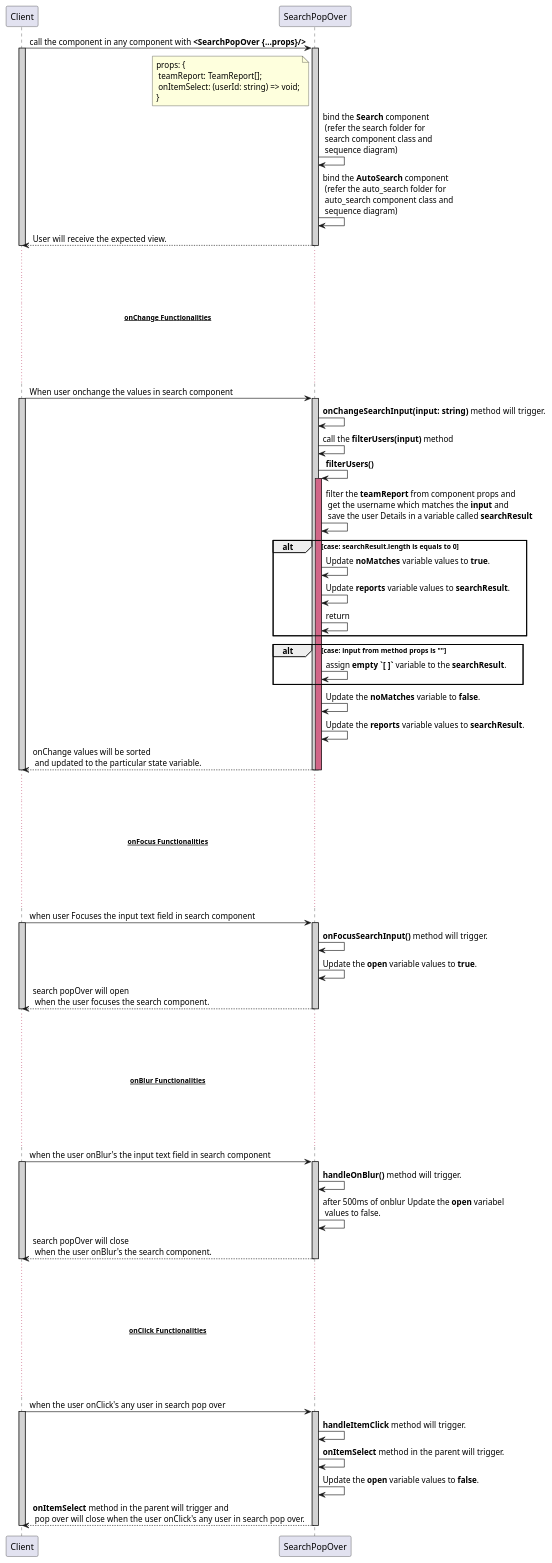
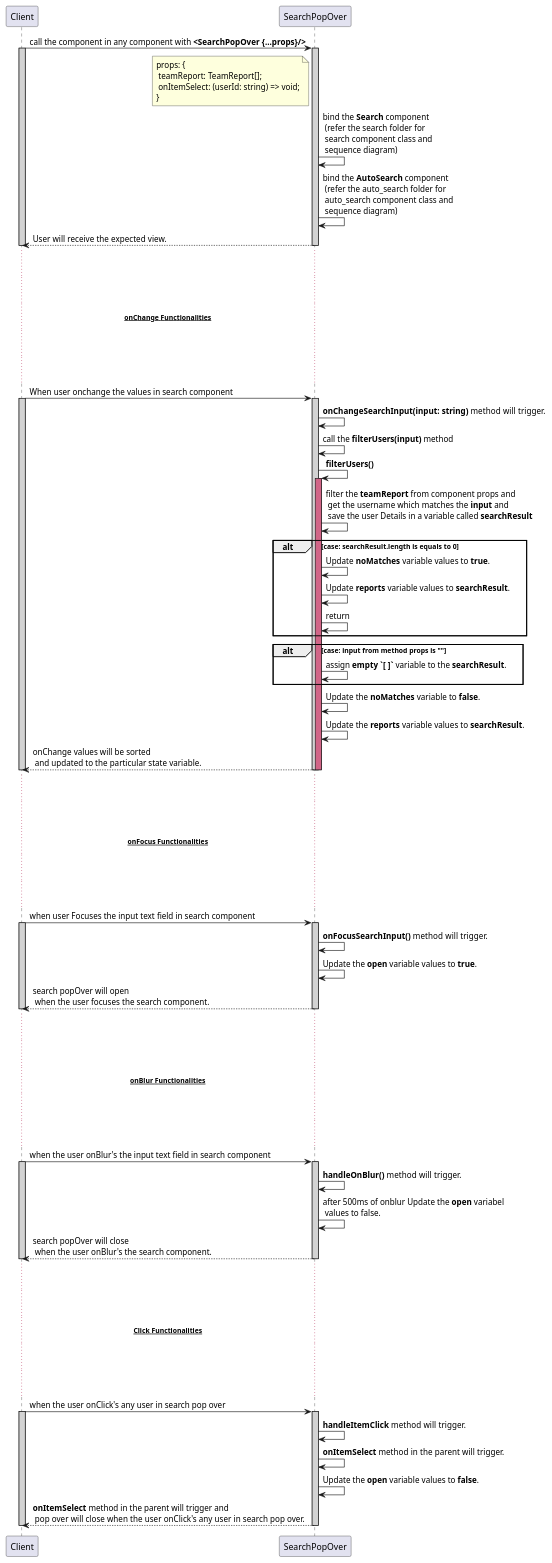
Before and after one commit to avasoft-mobility/workday-design: the diagram in frontend/components/search_pop_over/search_pop_over.sequence.puml, drawn with PlantUML. The commit also changed 9 other files, not shown here.

```diff
--- a/frontend/components/search_pop_over/search_pop_over.sequence.puml
+++ b/frontend/components/search_pop_over/search_pop_over.sequence.puml
@@ -1,91 +1,91 @@
 @startuml search pop_over sequence diagram
 participant Client
 participant SearchPopOver
 
 Client -> SearchPopOver : call the component in any component with **<SearchPopOver {...props}/>**
 activate Client #D3D3D3
     activate SearchPopOver #D3D3D3
         note left of SearchPopOver : props: {\n teamReport: TeamReport[];\n onItemSelect: (userId: string) => void;\n}
         SearchPopOver -> SearchPopOver : bind the **Search** component\n (refer the search folder for\n search component class and\n sequence diagram)
         SearchPopOver -> SearchPopOver : bind the **AutoSearch** component\n (refer the auto_search folder for\n auto_search component class and\n sequence diagram)
         Client <-- SearchPopOver : User will receive the expected view.
     deactivate SearchPopOver
 deactivate Client
 
 ... ...
 ... ...
 ...~~**onChange Functionalities**~~ ...
 ... ...
 ... ...
 
 Client -> SearchPopOver : When user onchange the values in search component
 activate Client #D3D3D3
     activate SearchPopOver #D3D3D3
         SearchPopOver -> SearchPopOver : **onChangeSearchInput(input: string)** method will trigger.
         SearchPopOver -> SearchPopOver : call the **filterUsers(input)** method
         SearchPopOver -> SearchPopOver : **filterUsers()**
         activate SearchPopOver #D16587
             SearchPopOver -> SearchPopOver : filter the **teamReport** from component props and\n get the username which matches the **input** and\n save the user Details in a variable called **searchResult**
             alt case: searchResult.length is equals to 0
                 SearchPopOver -> SearchPopOver : Update **noMatches** variable values to **true**.
                 SearchPopOver -> SearchPopOver : Update **reports** variable values to **searchResult**.
                 SearchPopOver -> SearchPopOver : return
             end
             alt case: input from method props is ""
                 SearchPopOver -> SearchPopOver : assign **empty `[ ]`** variable to the **searchResult**.
             end
             SearchPopOver -> SearchPopOver : Update the **noMatches** variable to **false**.
             SearchPopOver -> SearchPopOver : Update the **reports** variable values to **searchResult**.
             Client <-- SearchPopOver : onChange values will be sorted\n and updated to the particular state variable.
         deactivate SearchPopOver
     deactivate SearchPopOver
 deactivate Client
 
 ... ...
 ... ...
 ...~~**onFocus Functionalities**~~ ...
 ... ...
 ... ...
 
 Client -> SearchPopOver : when user Focuses the input text field in search component
 activate Client #D3D3D3
     activate SearchPopOver #D3D3D3
         SearchPopOver -> SearchPopOver : **onFocusSearchInput()** method will trigger.
         SearchPopOver -> SearchPopOver : Update the **open** variable values to **true**.
         Client <-- SearchPopOver : search popOver will open\n when the user focuses the search component.
     deactivate SearchPopOver
 deactivate Client
 
 
 ... ...
 ... ...
 ...~~**onBlur Functionalities**~~ ...
 ... ...
 ... ...
 
 Client -> SearchPopOver : when the user onBlur's the input text field in search component
 activate Client #D3D3D3
     activate SearchPopOver #D3D3D3
         SearchPopOver -> SearchPopOver : **handleOnBlur()** method will trigger.
         SearchPopOver -> SearchPopOver : after 500ms of onblur Update the **open** variabel\n values to false.
         Client <-- SearchPopOver : search popOver will close\n when the user onBlur's the search component.
     deactivate SearchPopOver
 deactivate Client
 
 ... ...
 ... ...
-...~~**onClick Functionalities**~~ ...
+...~~**Click Functionalities**~~ ...
 ... ...
 ... ...
 
 Client -> SearchPopOver : when the user onClick's any user in search pop over
 activate Client #D3D3D3
     activate SearchPopOver #D3D3D3
         SearchPopOver -> SearchPopOver : **handleItemClick** method will trigger.
         SearchPopOver -> SearchPopOver : **onItemSelect** method in the parent will trigger.
         SearchPopOver -> SearchPopOver : Update the **open** variable values to **false**.
         Client <-- SearchPopOver : **onItemSelect** method in the parent will trigger and\n pop over will close when the user onClick's any user in search pop over.
     deactivate SearchPopOver
 deactivate Client
 
 @enduml
```
